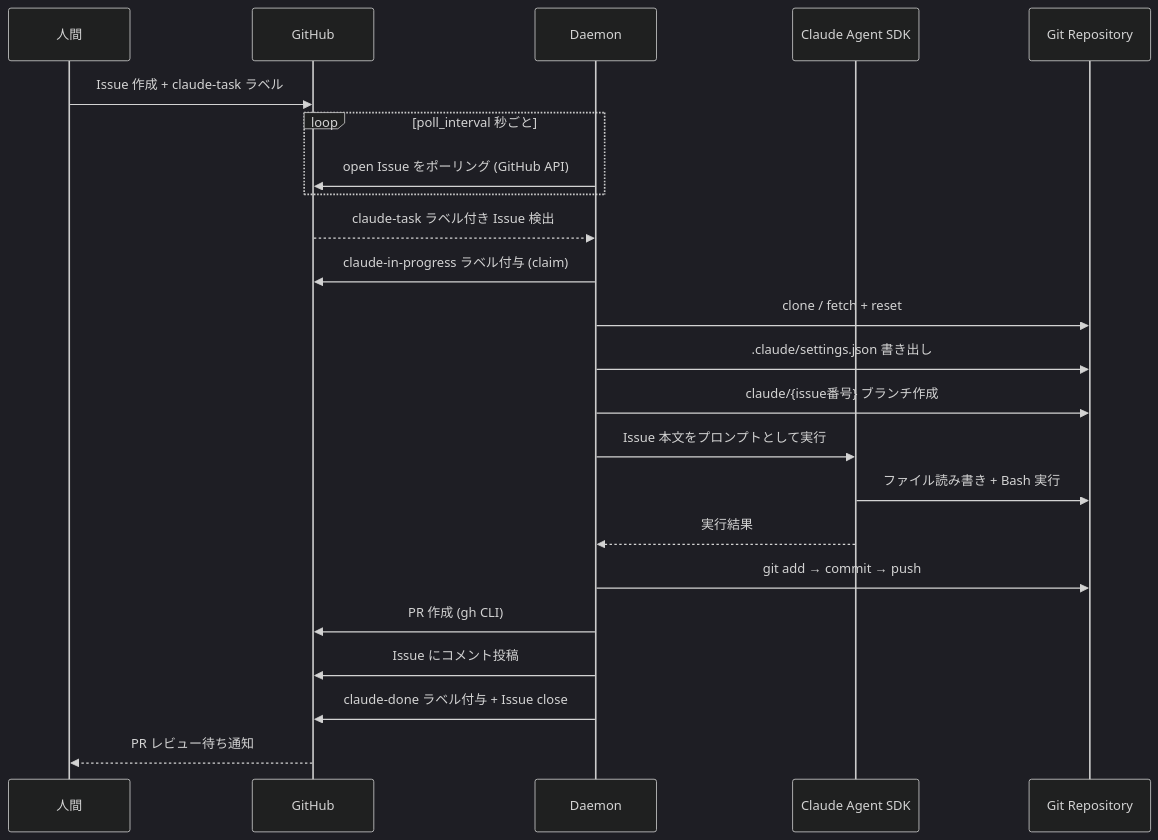
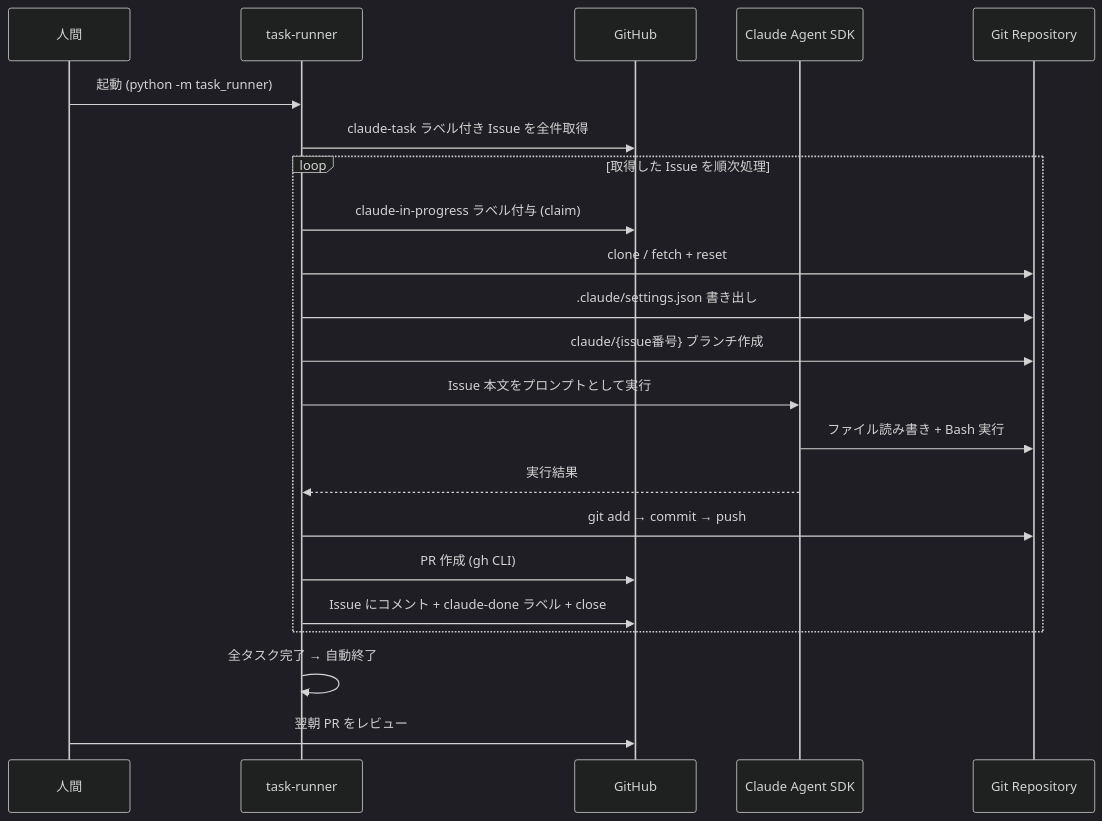
One commit to nohara-kengo/claude-state-manager changed the first of 4 diagrams in README.md. Above: the diagram before and after it, drawn with Mermaid (dark theme). The commit also changed other lines of this file and 5 other files, not shown here.

````diff
--- a/README.md
+++ b/README.md
@@ -9,32 +10,29 @@
 ```mermaid
 sequenceDiagram
     participant User as 人間
+    participant CLI as task-runner
     participant GH as GitHub
-    participant D as Daemon
     participant C as Claude Agent SDK
     participant Repo as Git Repository
 
-    User->>GH: Issue 作成 + claude-task ラベル
+    User->>CLI: 起動 (python -m task_runner)
 
-    loop poll_interval 秒ごと
-        D->>GH: open Issue をポーリング (GitHub API)
+    CLI->>GH: claude-task ラベル付き Issue を全件取得
+
+    loop 取得した Issue を順次処理
+        CLI->>GH: claude-in-progress ラベル付与 (claim)
+        CLI->>Repo: clone / fetch + reset
+        CLI->>Repo: .claude/settings.json 書き出し
+        CLI->>Repo: claude/{issue番号} ブランチ作成
+        CLI->>C: Issue 本文をプロンプトとして実行
+        C->>Repo: ファイル読み書き + Bash 実行
+        C-->>CLI: 実行結果
+        CLI->>Repo: git add → commit → push
+        CLI->>GH: PR 作成 (gh CLI)
+        CLI->>GH: Issue にコメント + claude-done ラベル + close
     end
 
-    GH-->>D: claude-task ラベル付き Issue 検出
+    CLI->>CLI: 全タスク完了 → 自動終了
 
-    D->>GH: claude-in-progress ラベル付与 (claim)
-    D->>Repo: clone / fetch + reset
-    D->>Repo: .claude/settings.json 書き出し
-    D->>Repo: claude/{issue番号} ブランチ作成
-
-    D->>C: Issue 本文をプロンプトとして実行
-    C->>Repo: ファイル読み書き + Bash 実行
-    C-->>D: 実行結果
-
-    D->>Repo: git add → commit → push
-    D->>GH: PR 作成 (gh CLI)
-    D->>GH: Issue にコメント投稿
-    D->>GH: claude-done ラベル付与 + Issue close
-
-    GH-->>User: PR レビュー待ち通知
+    User->>GH: 翌朝 PR をレビュー
 ```
````
